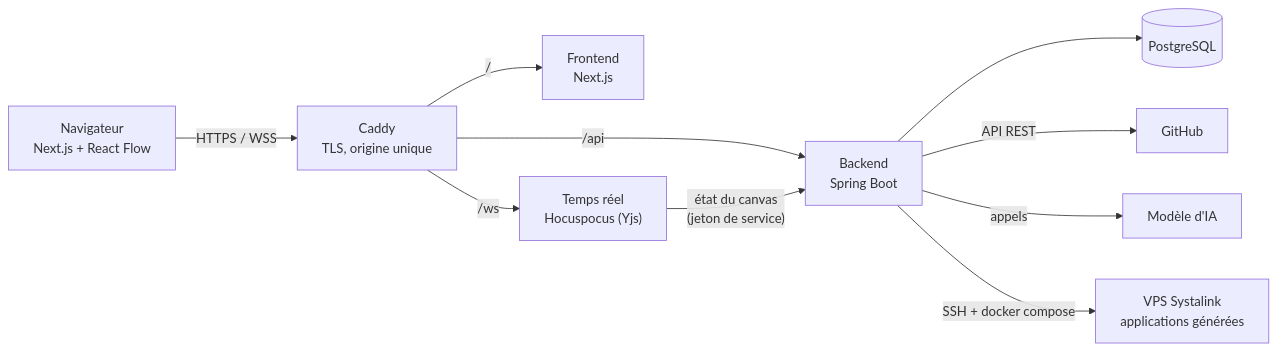
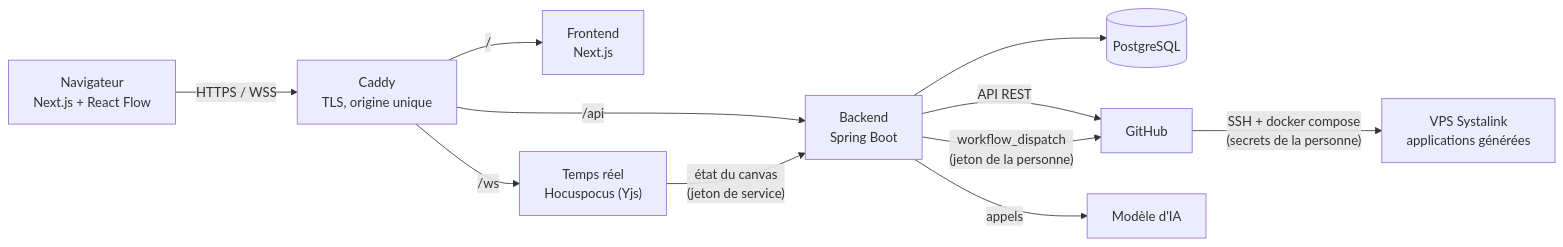
One commit to Pouye15/Lonkoo changed the diagram in docs/architecture.md. Above: the diagram before and after it, drawn with Mermaid. The commit also changed other lines of this file, not shown here.

````diff
--- a/docs/architecture.md
+++ b/docs/architecture.md
@@ -7,12 +7,13 @@
 ```mermaid
 flowchart LR
   U["Navigateur<br/>Next.js + React Flow"] -- "HTTPS / WSS" --> P["Caddy<br/>TLS, origine unique"]
   P -- "/" --> F["Frontend<br/>Next.js"]
   P -- "/api" --> B["Backend<br/>Spring Boot"]
   P -- "/ws" --> R["Temps réel<br/>Hocuspocus (Yjs)"]
   R -- "état du canvas<br/>(jeton de service)" --> B
   B --> DB[("PostgreSQL")]
   B -- "API REST" --> GH["GitHub"]
   B -- "appels" --> IA["Modèle d'IA"]
-  B -- "SSH + docker compose" --> S["VPS Systalink<br/>applications générées"]
+  B -- "workflow_dispatch<br/>(jeton de la personne)" --> GH
+  GH -- "SSH + docker compose<br/>(secrets de la personne)" --> S["VPS Systalink<br/>applications générées"]
 ```
````
